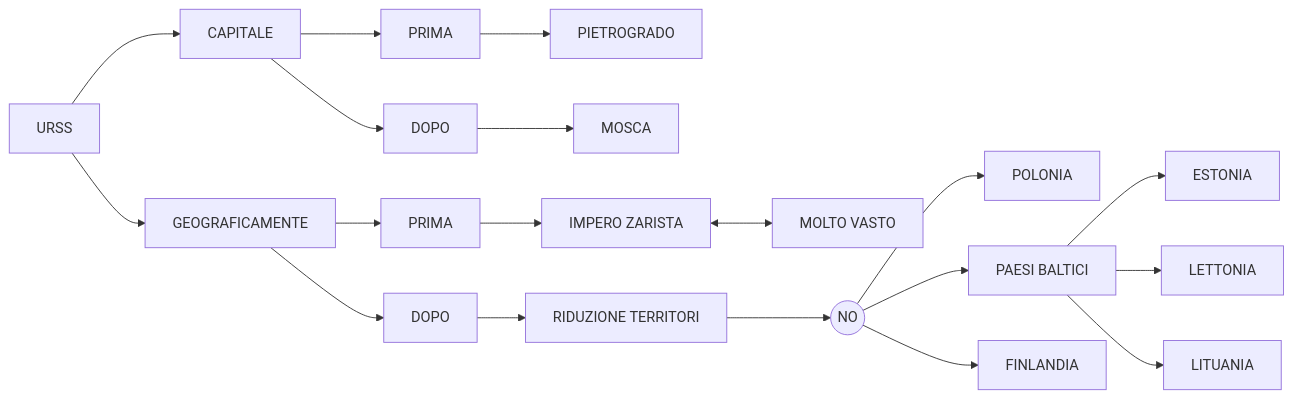
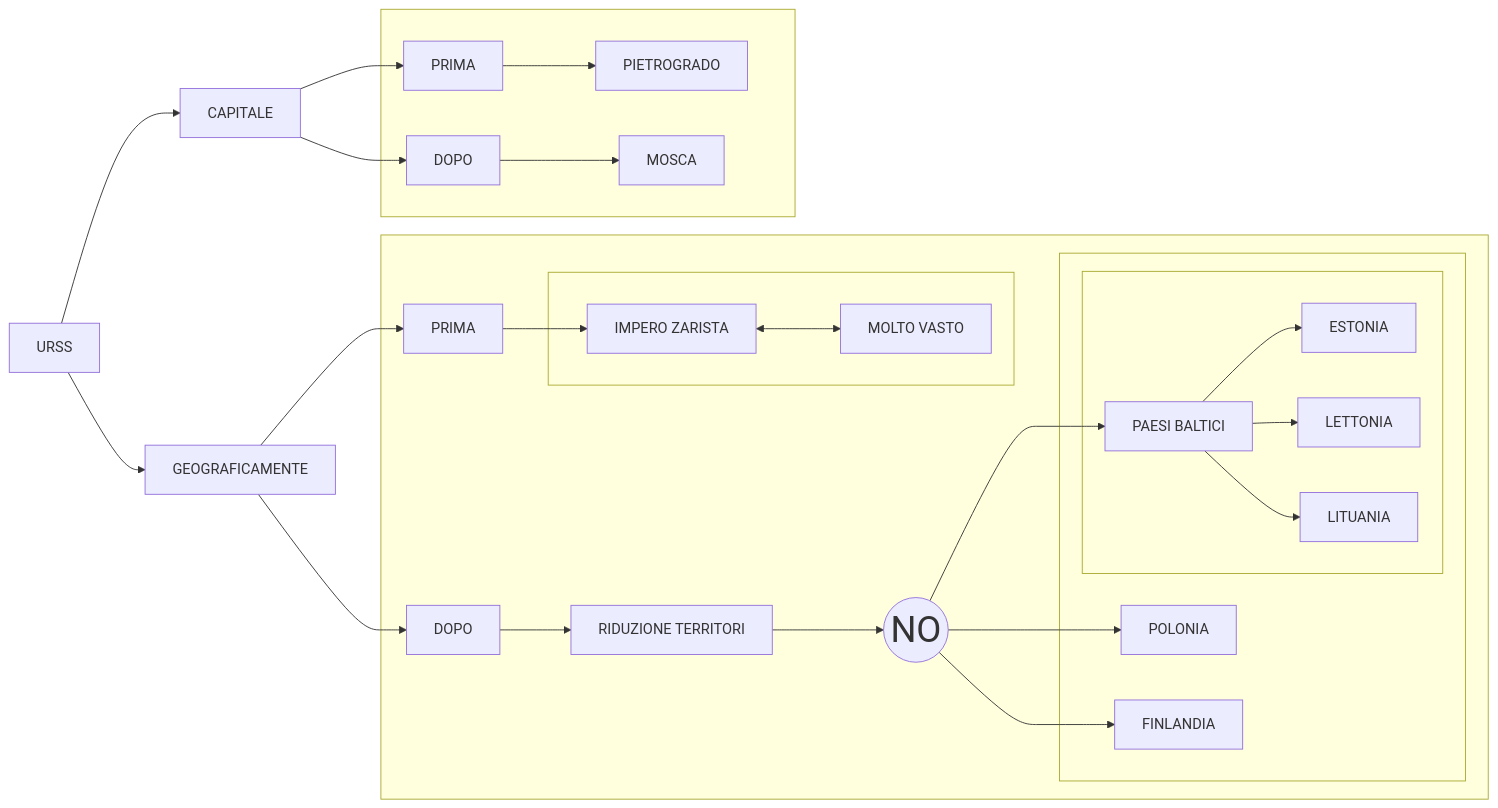
The diagram in prova.md (Laaouatni/ricerca-storia-MermaidJS), drawn with Mermaid before and after one commit.

````diff
--- a/prova.md
+++ b/prova.md
@@ -1,44 +1,56 @@
 ```mermaid
 flowchart LR
     0[URSS]
     
     1[CAPITALE]
-    10[PRIMA]
-    100[PIETROGRADO]
-    11[DOPO]
-    110[MOSCA]
+    subgraph 4[" "]
+        10[PRIMA]
+        100[PIETROGRADO]
+        11[DOPO]
+        110[MOSCA]
+    end
 
     2[GEOGRAFICAMENTE]
 
-    20[PRIMA]
+    subgraph 5[" "]
+        20[PRIMA]
 
-    200[IMPERO ZARISTA]
-    201[MOLTO VASTO]
-    200 <--> 201
+        subgraph 6[" "]
+          200[IMPERO ZARISTA]
+          201[MOLTO VASTO]
+          200 <--> 201
+        end
 
-    21[DOPO]
+        21[DOPO]
 
-    210[RIDUZIONE TERRITORI]
-    2100((NO))
-    30[POLONIA]
+        210[RIDUZIONE TERRITORI]
+        2100((NO))
+        style 2100 font-size: 40px;
 
-    31[PAESI BALTICI]
-    310[ESTONIA]
-    311[LETTONIA]
-    312[LITUANIA]
+        subgraph 7[" "]
+          30[POLONIA]
 
-    32[FINLANDIA]
-    
+          subgraph 8[" "]
+            31[PAESI BALTICI]
+            310[ESTONIA]
+            311[LETTONIA]
+            312[LITUANIA]
+          end
+
+          32[FINLANDIA]
+        end
+    end
+
     0 --> 1 & 2
     1 --> 10 & 11
     10 --> 100
     11 --> 110
     2 --> 20 & 21
     20 --> 200
     21 --> 210
     210 --> 2100
     2100 --> 30 & 31 & 32
     31 --> 310 & 311 & 312
 
 
 ```
````
